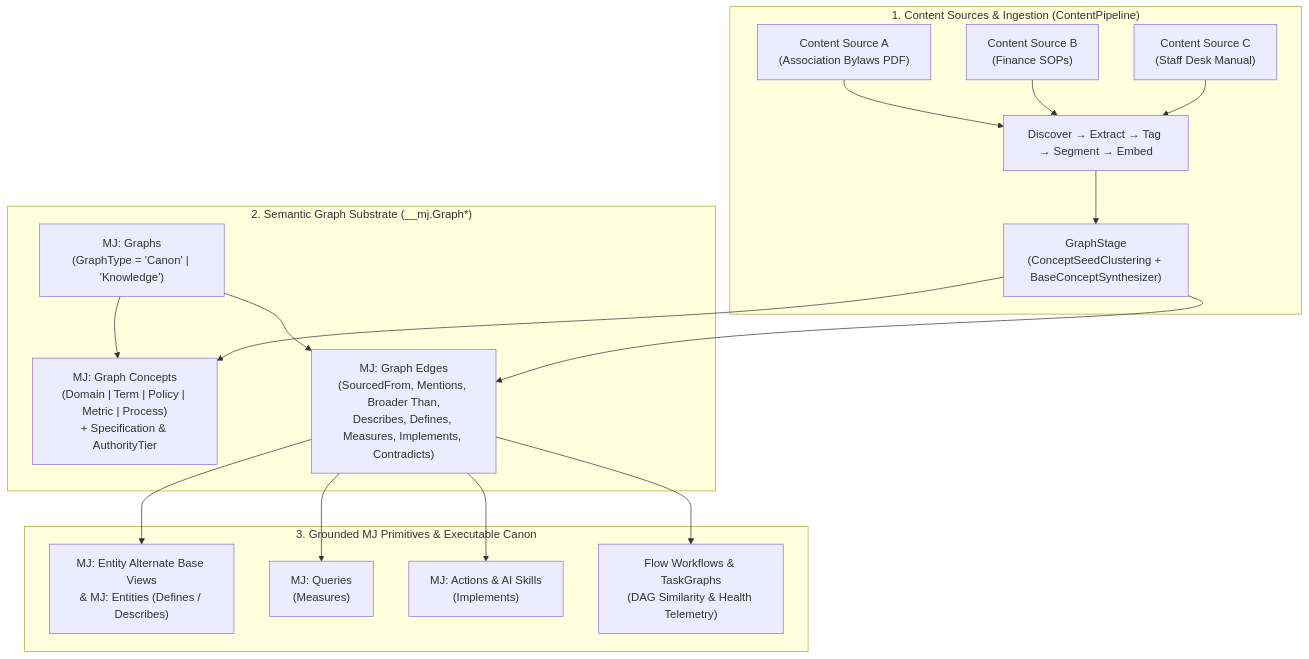
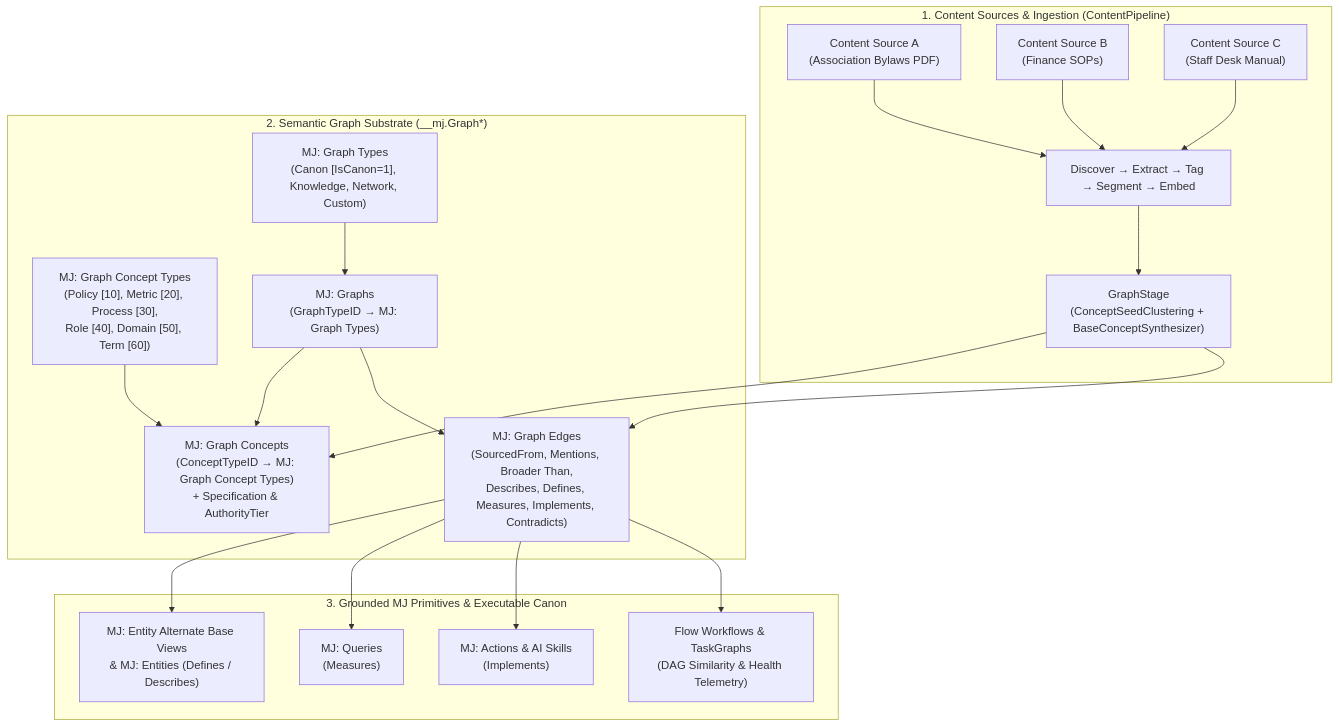
One commit to MemberJunction/MJ changed the diagram in guides/CANON_AND_SEMANTIC_GRAPHS_GUIDE.md. Above: the diagram before and after it, drawn with Mermaid. The commit also changed other lines of this file and 36 other files, not shown here.

Commit message:
feat(semantic-graph): promote GraphType (IsCanon, Rank) and GraphConceptType (Rank) to configurable lookup tables with metadata seeds

````diff
--- a/guides/CANON_AND_SEMANTIC_GRAPHS_GUIDE.md
+++ b/guides/CANON_AND_SEMANTIC_GRAPHS_GUIDE.md
@@ -30,33 +47,37 @@
 ```mermaid
 flowchart TB
     subgraph "1. Content Sources & Ingestion (ContentPipeline)"
         CS1["Content Source A<br/>(Association Bylaws PDF)"]
         CS2["Content Source B<br/>(Finance SOPs)"]
         CS3["Content Source C<br/>(Staff Desk Manual)"]
         PIPE["Discover → Extract → Tag → Segment → Embed"]
         GSTG["GraphStage<br/>(ConceptSeedClustering + BaseConceptSynthesizer)"]
         CS1 & CS2 & CS3 --> PIPE --> GSTG
     end
 
     subgraph "2. Semantic Graph Substrate (__mj.Graph*)"
-        G["MJ: Graphs<br/>(GraphType = 'Canon' | 'Knowledge')"]
-        GC["MJ: Graph Concepts<br/>(Domain | Term | Policy | Metric | Process)<br/>+ Specification & AuthorityTier"]
+        GT["MJ: Graph Types<br/>(Canon [IsCanon=1], Knowledge, Network, Custom)"]
+        GCT["MJ: Graph Concept Types<br/>(Policy [10], Metric [20], Process [30],<br/>Role [40], Domain [50], Term [60])"]
+        G["MJ: Graphs<br/>(GraphTypeID → MJ: Graph Types)"]
+        GC["MJ: Graph Concepts<br/>(ConceptTypeID → MJ: Graph Concept Types)<br/>+ Specification & AuthorityTier"]
         GE["MJ: Graph Edges<br/>(SourcedFrom, Mentions, Broader Than,<br/>Describes, Defines, Measures, Implements, Contradicts)"]
+        GT --> G
         G --> GC
+        GCT --> GC
         G --> GE
     end
 
     subgraph "3. Grounded MJ Primitives & Executable Canon"
         ABV["MJ: Entity Alternate Base Views<br/>& MJ: Entities (Defines / Describes)"]
         QRY["MJ: Queries<br/>(Measures)"]
         ACT["MJ: Actions & AI Skills<br/>(Implements)"]
         WF["Flow Workflows & TaskGraphs<br/>(DAG Similarity & Health Telemetry)"]
     end
 
     GSTG --> GC
     GSTG --> GE
     GE --> ABV
     GE --> QRY
     GE --> ACT
     GE --> WF
 ```
````
